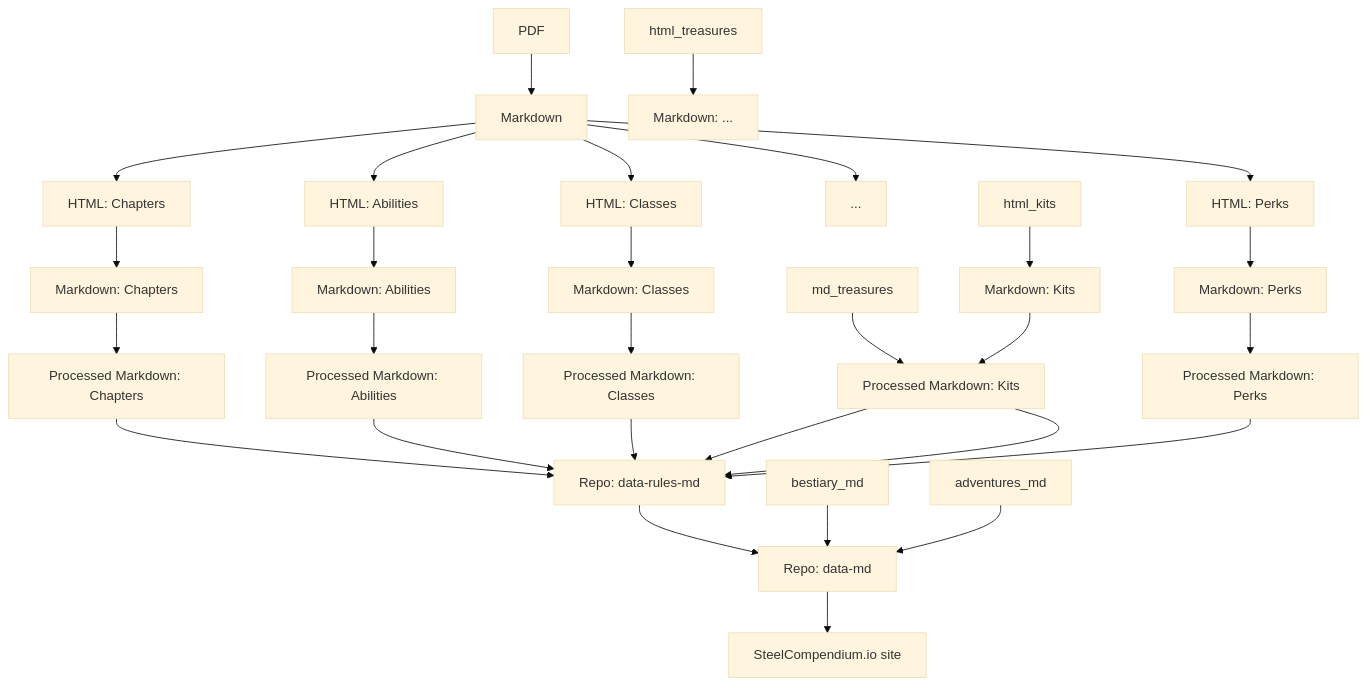
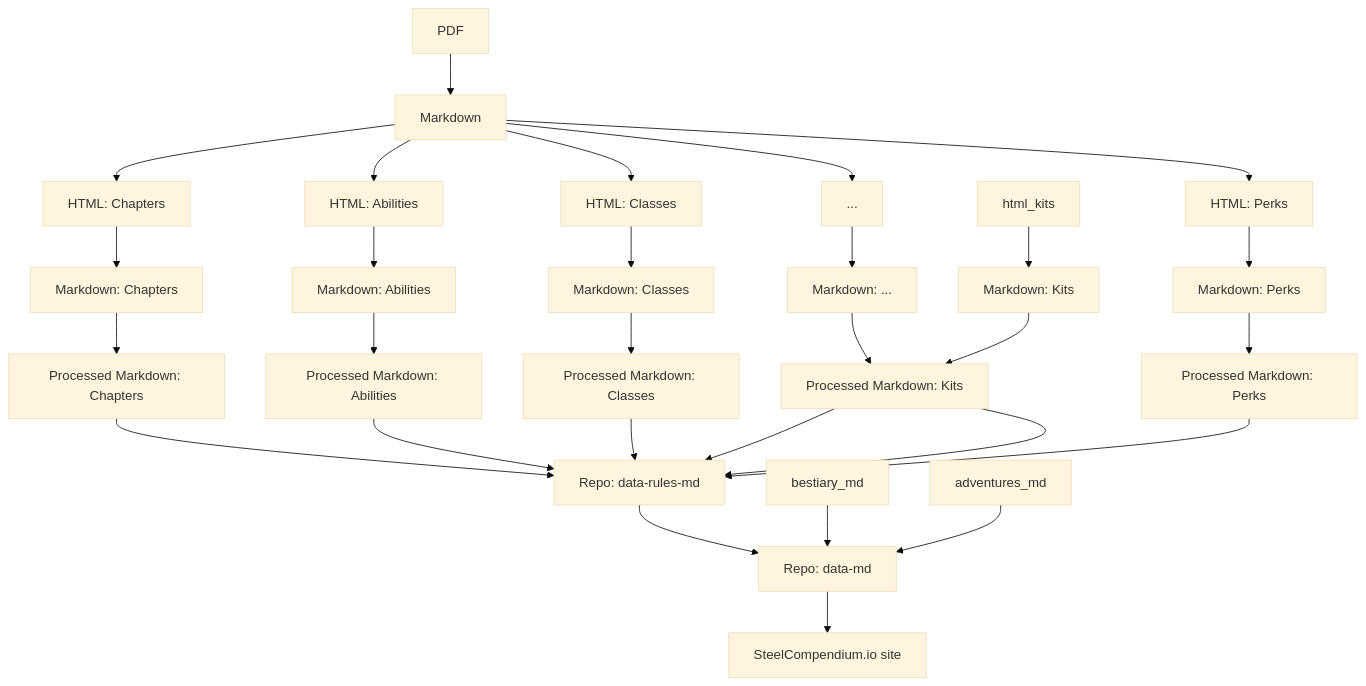
The diagram in README.md (SteelCompendium/data-gen), drawn with Mermaid (base theme) before and after one commit.

Commit message:
Updating diagram

````diff
--- a/README.md
+++ b/README.md
@@ -10,37 +10,37 @@
 ```mermaid
 flowchart TB
     pdf["PDF"] --> markdown["Markdown"]
     
     markdown --> html_chapters["HTML: Chapters"]
     markdown --> html_abilities["HTML: Abilities"]
     markdown --> html_classes["HTML: Classes"]
     markdown --> html_dots["..."]
     markdown --> html_perks["HTML: Perks"]
     
     html_chapters --> md_chapters["Markdown: Chapters"]
     html_abilities --> md_abilities["Markdown: Abilities"]
     html_classes --> md_classes["Markdown: Classes"]
-    html_treasures --> md_dots["Markdown: ..."]
+    html_dots --> md_dots["Markdown: ..."]
     html_kits --> md_kits["Markdown: Kits"]
     html_perks --> md_perks["Markdown: Perks"]
     
     md_chapters --> md_chapters_formatted["Processed Markdown: Chapters"]
     md_abilities --> md_abilities_formatted["Processed Markdown: Abilities"]
     md_classes --> md_classes_formatted["Processed Markdown: Classes"]
-    md_treasures --> md_dots_formatted["Processed Markdown: ..."]
+    md_dots --> md_dots_formatted["Processed Markdown: ..."]
     md_kits --> md_dots_formatted["Processed Markdown: Kits"]
     md_perks --> md_kits_formatted["Processed Markdown: Perks"]
     
     md_chapters_formatted --> rules_md["Repo: data-rules-md"]
     md_abilities_formatted --> rules_md["Repo: data-rules-md"]
     md_classes_formatted --> rules_md["Repo: data-rules-md"]
     md_dots_formatted --> rules_md["Repo: data-rules-md"]
     md_dots_formatted --> rules_md["Repo: data-rules-md"]
     md_kits_formatted --> rules_md["Repo: data-rules-md"]
     
     rules_md --> data_md["Repo: data-md"]
     bestiary_md --> data_md["Repo: data-md"]
     adventures_md --> data_md["Repo: data-md"]
 
     data_md --> sc_site["SteelCompendium.io site"]
 ```
````
